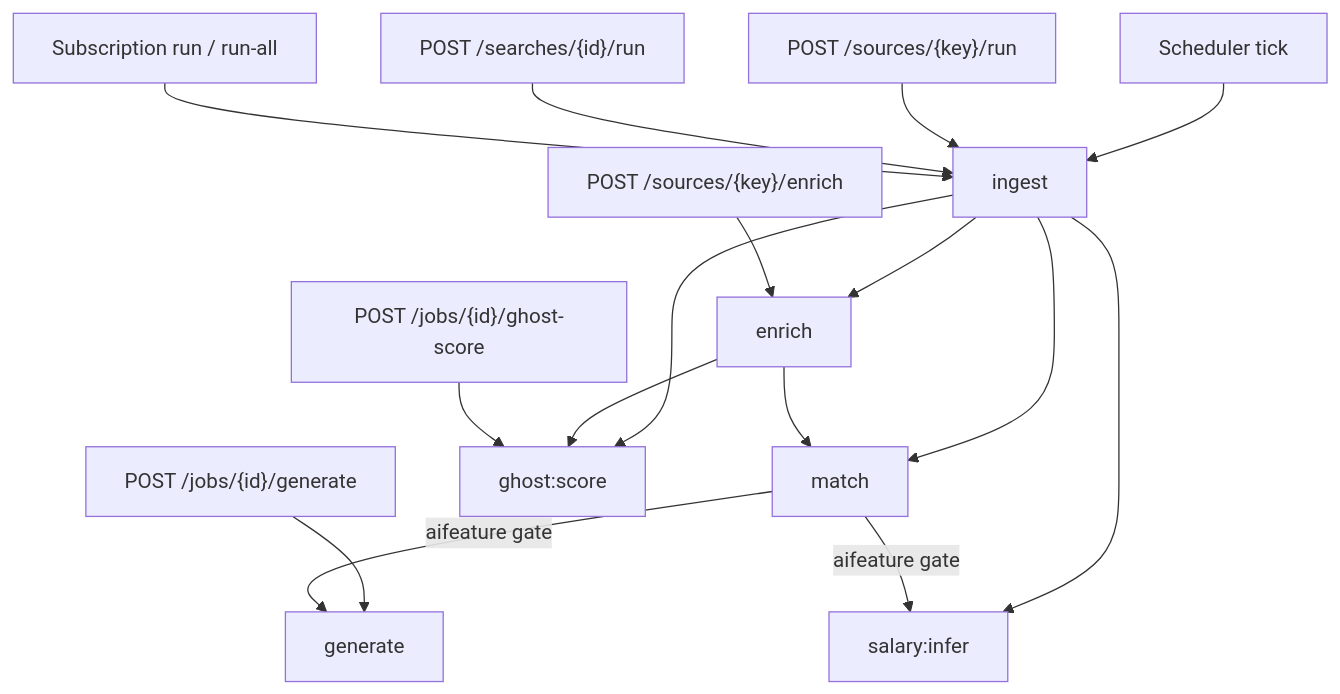
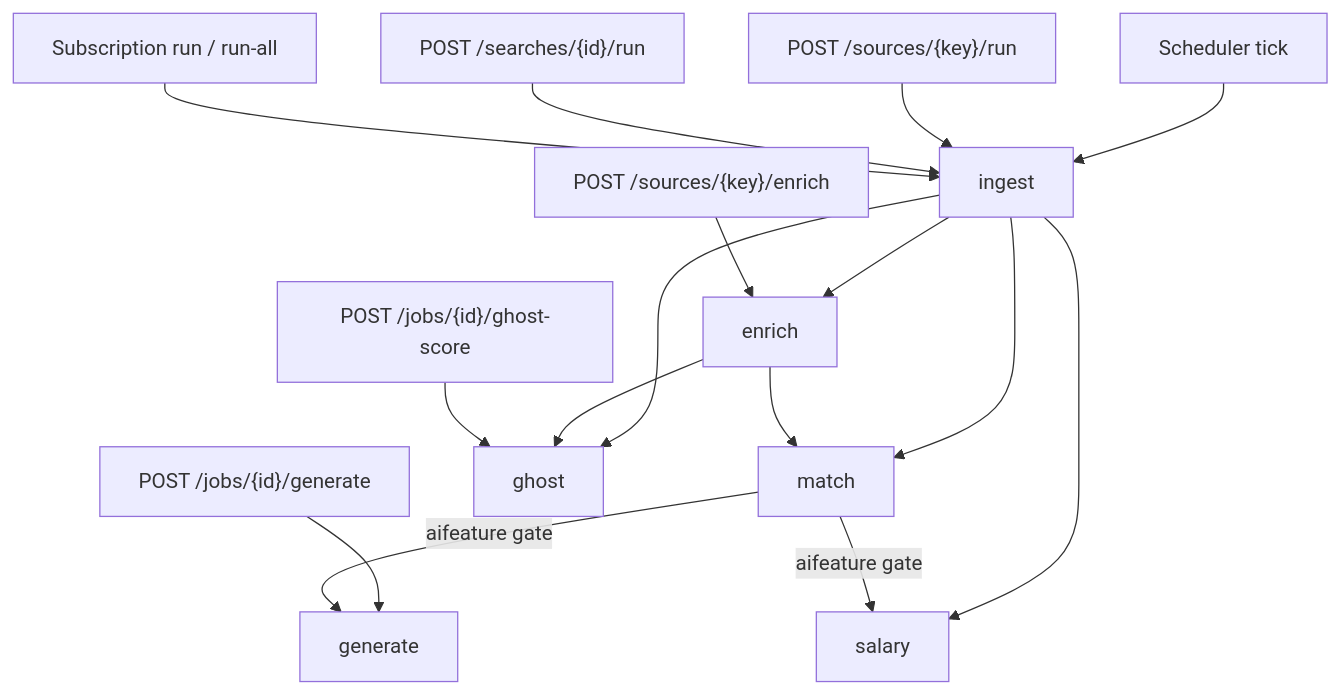
The first of 2 diagrams in docs/docs/async/task-catalog.md (nonamecat19/job-finder), drawn with Mermaid before and after one commit. The commit also changed other lines of this file and 13 other files, not shown here.

````diff
--- a/docs/docs/async/task-catalog.md
+++ b/docs/docs/async/task-catalog.md
@@ -24,18 +26,18 @@
 ```mermaid
 flowchart TD
     SCHED["Scheduler tick"] --> ING["ingest"]
     HTTP1["POST /sources/{key}/run"] --> ING
     HTTP2["POST /searches/{id}/run"] --> ING
     SUB["Subscription run / run-all"] --> ING
     ING --> MATCH["match"]
     ING --> ENR["enrich"]
-    ING --> GHOST["ghost:score"]
-    ING --> SAL["salary:infer"]
+    ING --> GHOST["ghost"]
+    ING --> SAL["salary"]
     ENR --> MATCH
     ENR --> GHOST
     HTTP3["POST /jobs/{id}/generate"] --> GEN["generate"]
     MATCH -->|aifeature gate| GEN
     MATCH -->|aifeature gate| SAL
     HTTP4["POST /jobs/{id}/ghost-score"] --> GHOST
     HTTP5["POST /sources/{key}/enrich"] --> ENR
 ```
````
